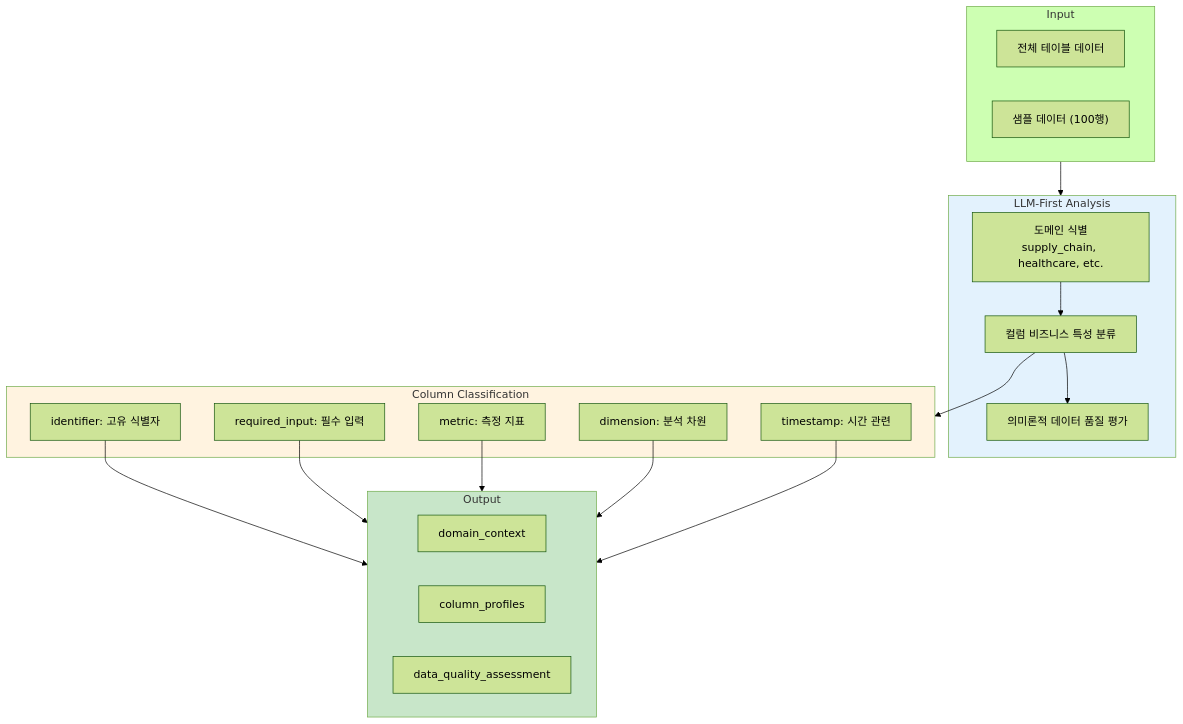
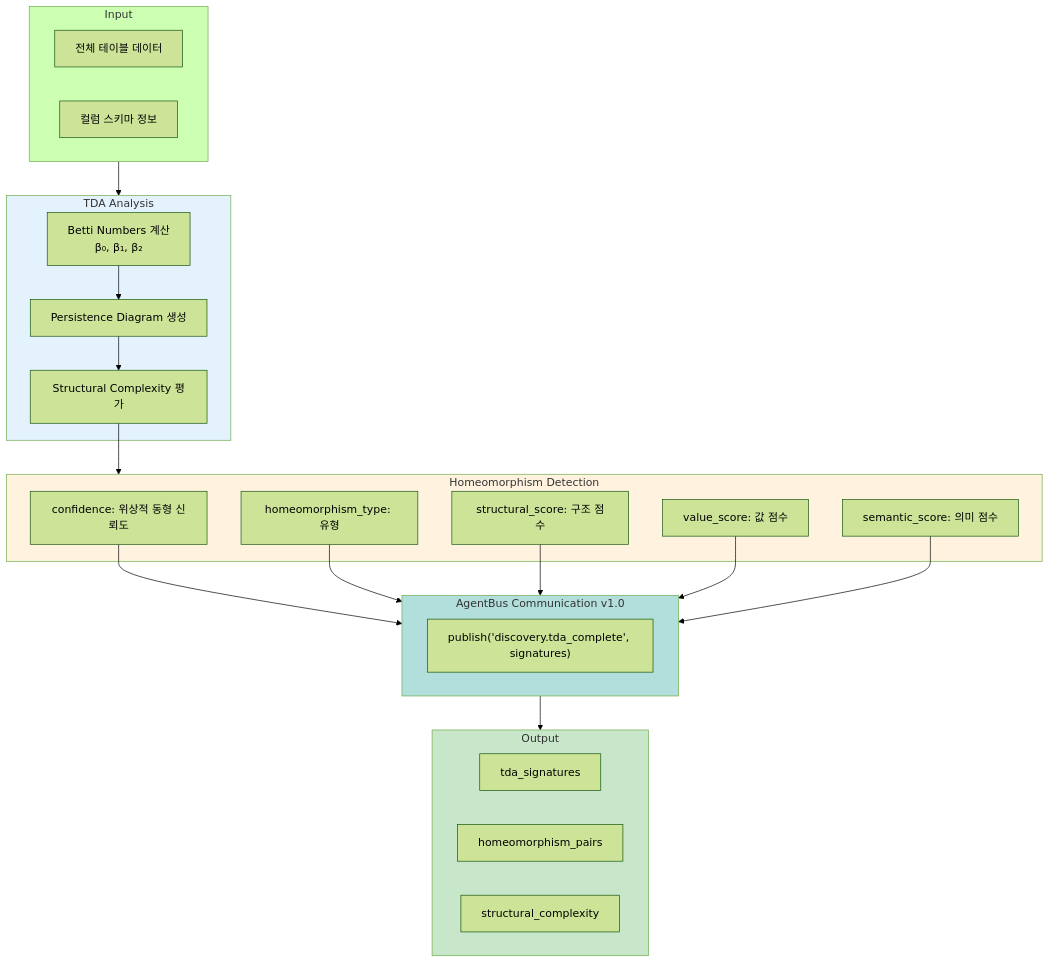
One commit to sabill123/ontology changed diagram 12 of 12 in docs/diagrams/05-agent-orchestration.md. Above: the diagram before and after it, drawn with Mermaid (forest theme). The commit also changed other lines of this file and 176 other files, not shown here.

````diff
--- a/docs/diagrams/05-agent-orchestration.md
+++ b/docs/diagrams/05-agent-orchestration.md
@@ -371,36 +499,42 @@
 ```mermaid
 flowchart TB
     subgraph INPUT["Input"]
         I1["전체 테이블 데이터"]
-        I2["샘플 데이터 (100행)"]
+        I2["컬럼 스키마 정보"]
     end
 
-    subgraph LLM_ANALYSIS["LLM-First Analysis"]
-        L1["도메인 식별<br/>supply_chain, healthcare, etc."]
-        L2["컬럼 비즈니스 특성 분류"]
-        L3["의미론적 데이터 품질 평가"]
+    subgraph TDA_ANALYSIS["TDA Analysis"]
+        L1["Betti Numbers 계산<br/>β₀, β₁, β₂"]
+        L2["Persistence Diagram 생성"]
+        L3["Structural Complexity 평가"]
     end
 
-    subgraph COLUMN_TYPES["Column Classification"]
-        C1["identifier: 고유 식별자"]
-        C2["required_input: 필수 입력"]
-        C3["metric: 측정 지표"]
-        C4["dimension: 분석 차원"]
-        C5["timestamp: 시간 관련"]
+    subgraph HOMEOMORPHISM["Homeomorphism Detection"]
+        C1["confidence: 위상적 동형 신뢰도"]
+        C2["homeomorphism_type: 유형"]
+        C3["structural_score: 구조 점수"]
+        C4["value_score: 값 점수"]
+        C5["semantic_score: 의미 점수"]
+    end
+
+    subgraph AGENTBUS["AgentBus Communication v1.0"]
+        AB1["publish('discovery.tda_complete', signatures)"]
     end
 
     subgraph OUTPUT["Output"]
-        O1["domain_context"]
-        O2["column_profiles"]
-        O3["data_quality_assessment"]
+        O1["tda_signatures"]
+        O2["homeomorphism_pairs"]
+        O3["structural_complexity"]
     end
 
-    INPUT --> LLM_ANALYSIS
+    INPUT --> TDA_ANALYSIS
     L1 --> L2 --> L3
-    L2 --> COLUMN_TYPES
-    C1 & C2 & C3 & C4 & C5 --> OUTPUT
+    L3 --> HOMEOMORPHISM
+    C1 & C2 & C3 & C4 & C5 --> AGENTBUS
+    AGENTBUS --> OUTPUT
 
-    style LLM_ANALYSIS fill:#e3f2fd
-    style COLUMN_TYPES fill:#fff3e0
+    style TDA_ANALYSIS fill:#e3f2fd
+    style HOMEOMORPHISM fill:#fff3e0
+    style AGENTBUS fill:#b2dfdb
     style OUTPUT fill:#c8e6c9
 ```
````
